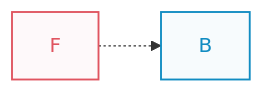
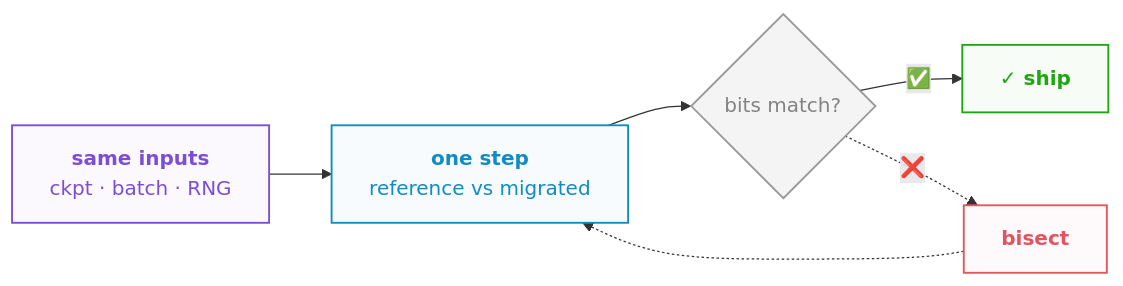
The second of 3 diagrams in web/src/pages/talks/2026/11/20/index.mdx (saforem2/samf.sh), drawn with Mermaid before and after one commit. The commit also changed other lines of this file and 4 other files, not shown here.

````diff
--- a/web/src/pages/talks/2026/11/20/index.mdx
+++ b/web/src/pages/talks/2026/11/20/index.mdx
@@ -210,15 +218,18 @@
 ```mermaid
 flowchart LR
+    A["<span style='font-weight:700'>same inputs</span><br/>ckpt · batch · RNG"] --> B["<span style='font-weight:700'>one step</span><br/>reference vs migrated"] --> D{"bits match?"}
+    D -->|✅| C["<span style='font-weight:700'>✓ ship</span>"]
+    D -.->|❌| F["<span style='font-weight:700'>bisect</span>"]
     F -.-> B
 
     classDef source fill:#7c4ed508,stroke:#7c4ed5,color:#7c4ed5,stroke-width:1.5px
     classDef stage  fill:#118cc208,stroke:#118cc2,color:#118cc2,stroke-width:1.5px
     classDef ship   fill:#1da81108,stroke:#1da811,color:#1da811,stroke-width:1.5px
     classDef gate   fill:#8a8a8a18,stroke:#9a9a9a,color:#838383,stroke-width:1.5px
     classDef bad    fill:#e0556008,stroke:#e05560,color:#e05560,stroke-width:1.5px
     class A source
     class B stage
     class D gate
     class C ship
     class F bad
 ```
````
